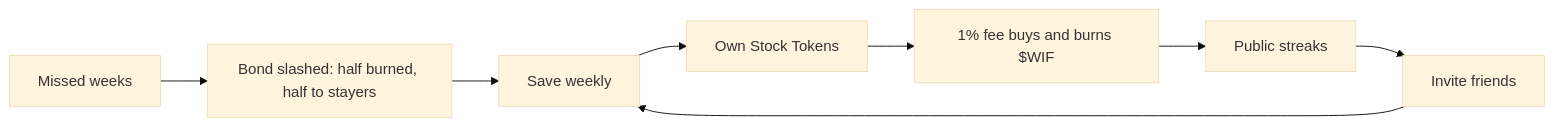
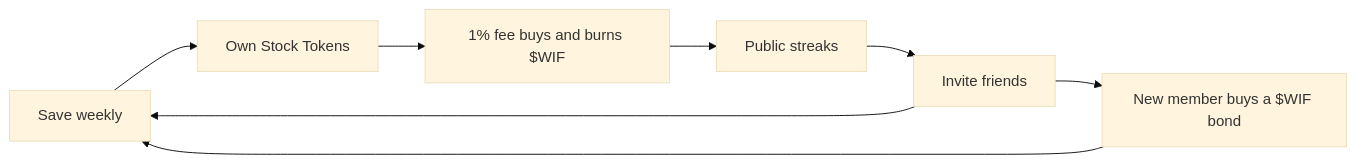
Before and after one commit to angelraph/equalship: the second of 3 diagrams in README.md, drawn with Mermaid (base theme). The commit also changed other lines of this file and 3 other files, not shown here.

````diff
--- a/README.md
+++ b/README.md
@@ -192,10 +196,10 @@
 ```mermaid
 flowchart LR
   S[Save weekly] --> O[Own Stock Tokens]
   O --> B[1% fee buys and burns $WIF]
   B --> P[Public streaks]
   P --> I[Invite friends]
   I --> S
-  M[Missed weeks] --> X[Bond slashed: half burned, half to stayers]
-  X --> S
+  I --> J[New member buys a $WIF bond]
+  J --> S
 ```
````
